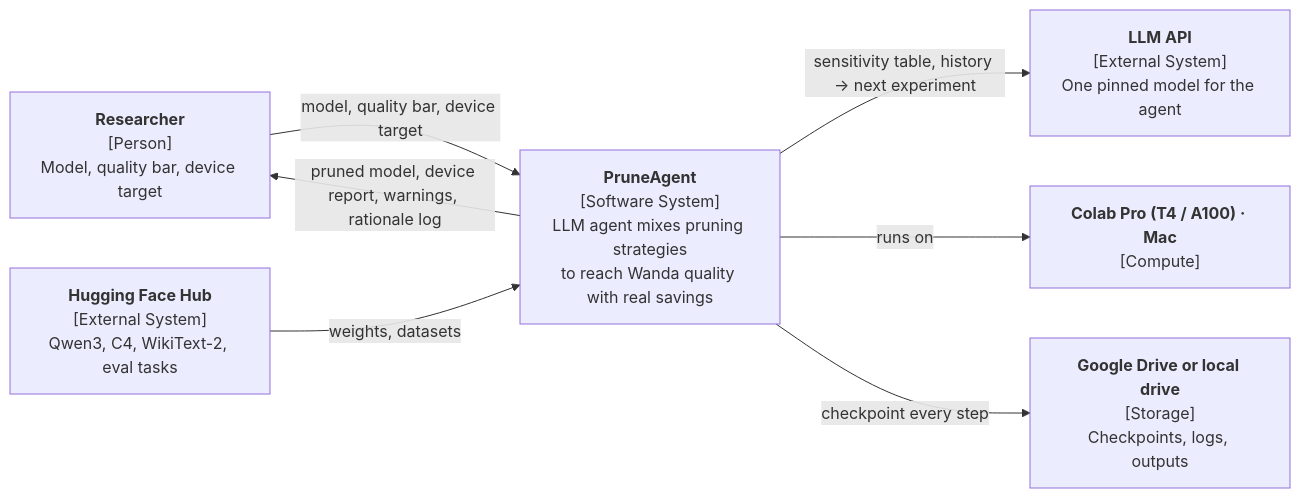
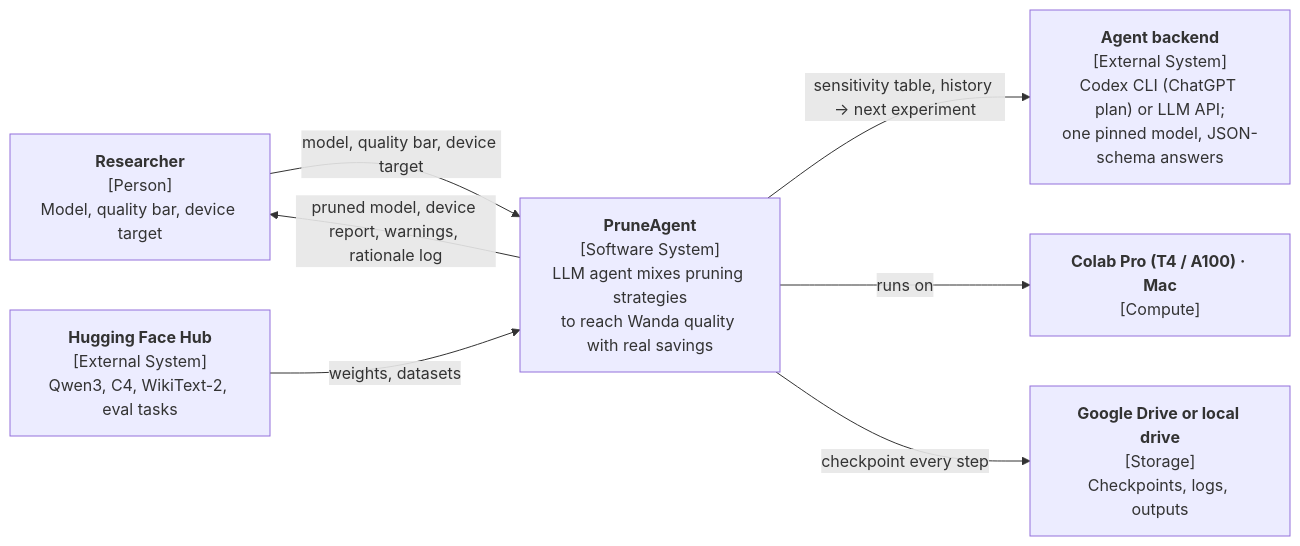
Before and after one commit to stephxu96/pruneagent: the first of 4 diagrams in ARCHITECTURE.md, drawn with Mermaid. The commit also changed other lines of this file and 16 other files, not shown here.

First line of the commit message:
Perplexity evaluator, Base models, swappable agent backend, plan updates (task 0.4 in progress)

````diff
--- a/ARCHITECTURE.md
+++ b/ARCHITECTURE.md
@@ -152,16 +159,16 @@
 ```mermaid
 flowchart LR
     U["<b>Researcher</b><br/>[Person]<br/>Model, quality bar, device target"]
     S["<b>PruneAgent</b><br/>[Software System]<br/>LLM agent mixes pruning strategies<br/>to reach Wanda quality with real savings"]
-    L["<b>LLM API</b><br/>[External System]<br/>One pinned model for the agent"]
+    L["<b>Agent backend</b><br/>[External System]<br/>Codex CLI (ChatGPT plan) or LLM API;<br/>one pinned model, JSON-schema answers"]
     H["<b>Hugging Face Hub</b><br/>[External System]<br/>Qwen3, C4, WikiText-2, eval tasks"]
     C["<b>Colab Pro (T4 / A100) · Mac</b><br/>[Compute]"]
     D["<b>Google Drive or local drive</b><br/>[Storage]<br/>Checkpoints, logs, outputs"]
 
     U -- "model, quality bar, device target" --> S
     S -- "pruned model, device report, warnings, rationale log" --> U
     S -- "sensitivity table, history → next experiment" --> L
     H -- "weights, datasets" --> S
     S -- "runs on" --> C
     S -- "checkpoint every step" --> D
 ```
````
